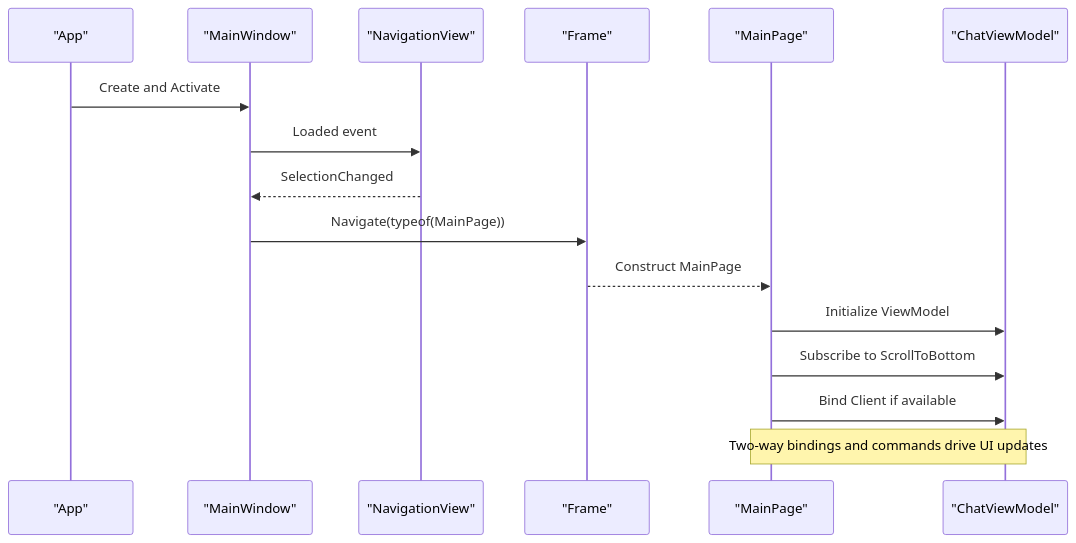
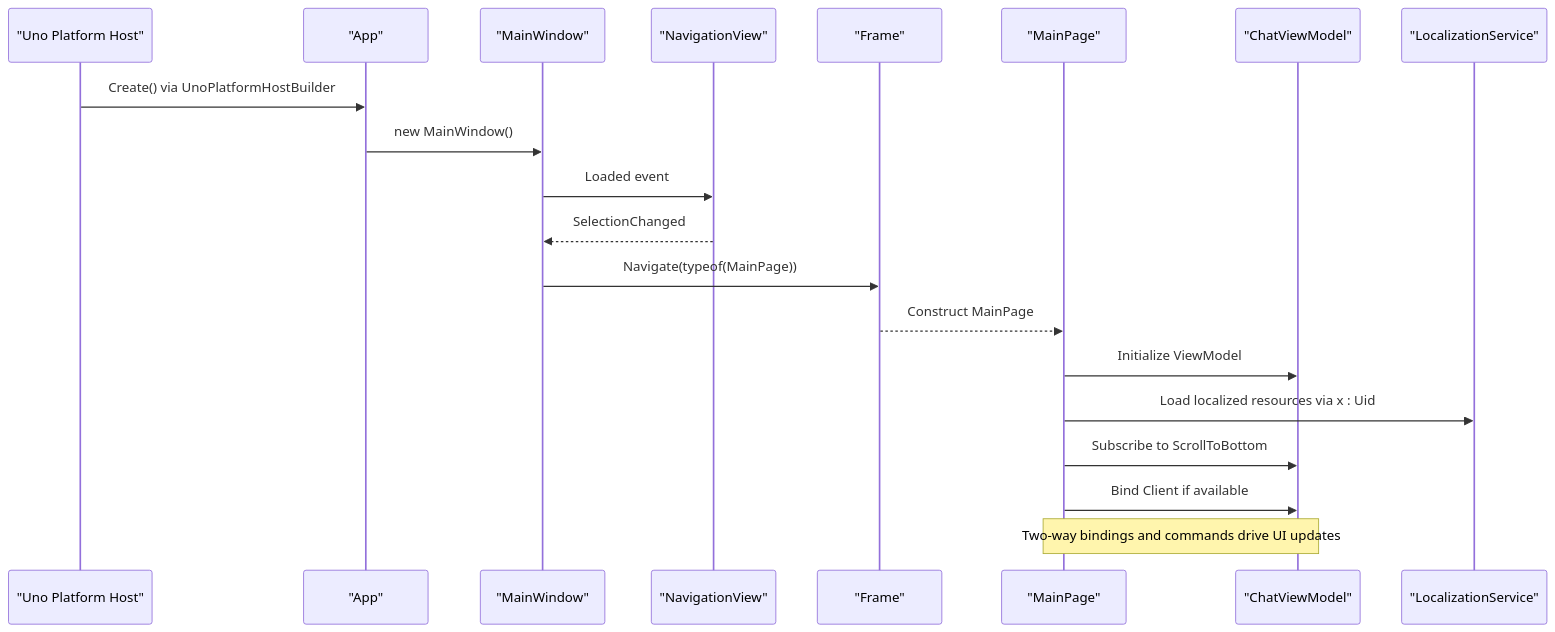
One commit to AgenticDesktop/App changed the second of 11 diagrams in .qoder/repowiki/en/content/Architecture Overview/UI Framework and Navigation.md. Above: the diagram before and after it, drawn with Mermaid. The commit also changed other lines of this file and 108 other files, not shown here.

First line of the commit message:
Add support for Uno Desktop and WinUI 3 build scripts

````diff
--- a/.qoder/repowiki/en/content/Architecture Overview/UI Framework and Navigation.md
+++ b/.qoder/repowiki/en/content/Architecture Overview/UI Framework and Navigation.md
@@ -100,18 +125,22 @@
 ```mermaid
 sequenceDiagram
+participant Uno as "Uno Platform Host"
 participant App as "App"
 participant Win as "MainWindow"
 participant Nav as "NavigationView"
 participant Frame as "Frame"
 participant Page as "MainPage"
 participant VM as "ChatViewModel"
-App->>Win : Create and Activate
+participant Loc as "LocalizationService"
+Uno->>App : Create() via UnoPlatformHostBuilder
+App->>Win : new MainWindow()
 Win->>Nav : Loaded event
 Nav-->>Win : SelectionChanged
 Win->>Frame : Navigate(typeof(MainPage))
 Frame-->>Page : Construct MainPage
 Page->>VM : Initialize ViewModel
+Page->>Loc : Load localized resources via x : Uid
 Page->>VM : Subscribe to ScrollToBottom
 Page->>VM : Bind Client if available
 Note over Page,VM : Two-way bindings and commands drive UI updates
 ```
````
